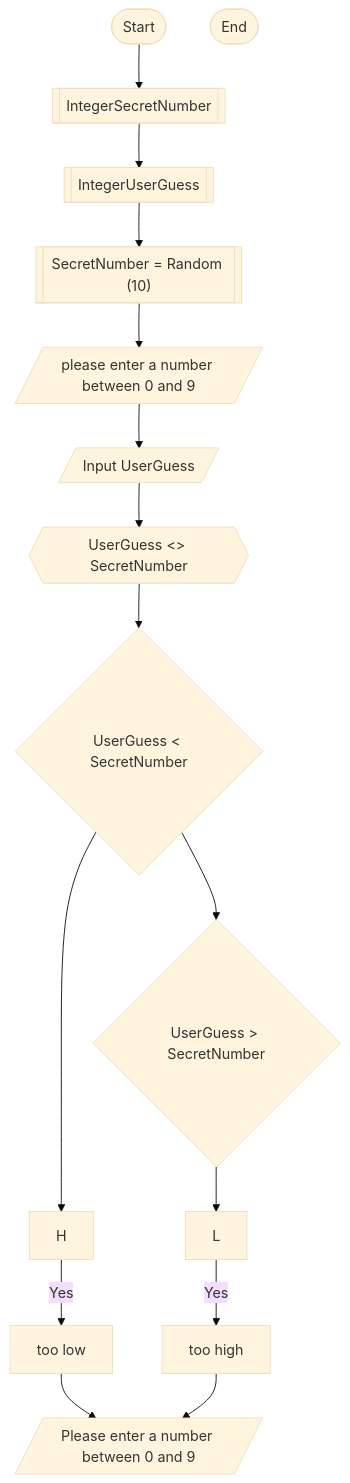
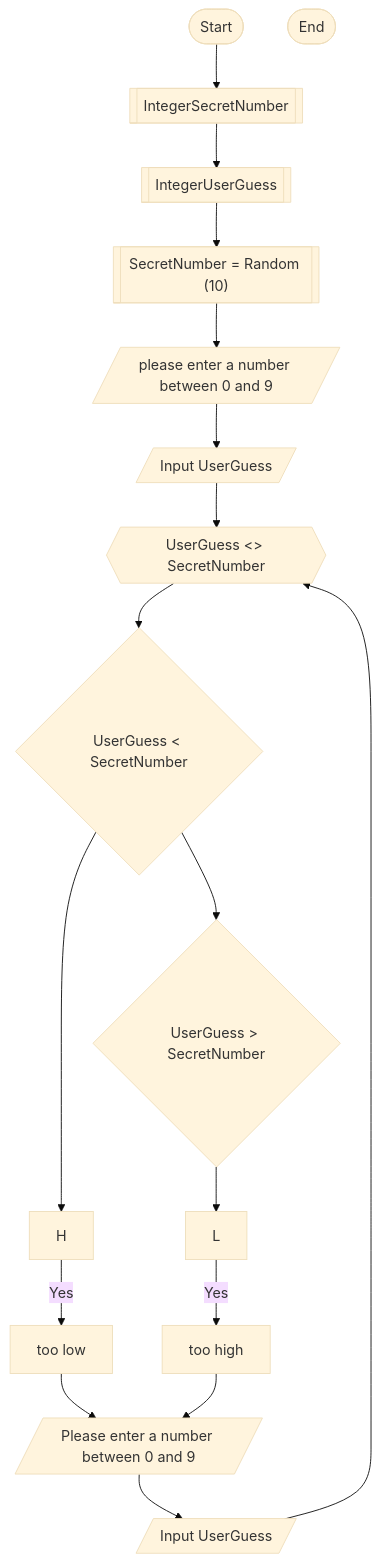
One commit to njedwards1872/njedwards1872.github.io changed the diagram in Guessing.md. Above: the diagram before and after it, drawn with Mermaid (base theme).

````diff
--- a/Guessing.md
+++ b/Guessing.md
@@ -1,17 +1,17 @@
 ```mermaid
 flowchart TD
  Start([Start]) --> 
     A@{ shape: subproc, label: "IntegerSecretNumber" } -->
     B@{ shape: subproc, label: "IntegerUserGuess" } -->
     C@{ shape: subproc, label: "SecretNumber = Random (10)" } --> 
     D@{ shape: lean-r, label: "please enter a number between 0 and 9" } -->
     E@{ shape: lean-r, label: "Input UserGuess" } -->
     F@{ shape: hex, label: "UserGuess <> SecretNumber" } -->  G{"UserGuess < SecretNumber"} -->
     H -- Yes --> I["too low"] -->N
     G{"UserGuess < SecretNumber"} -->K{"UserGuess > SecretNumber"} -->
     L -- Yes --> M["too high"] -->N
    
-    N@{ shape: lean-r, label: "Please enter a number between 0 and 9" }
+    N@{ shape: lean-r, label: "Please enter a number between 0 and 9" } --> O@{ shape: lean-r, label: "Input UserGuess" } -->F
 
  End([End])
 ```
````
